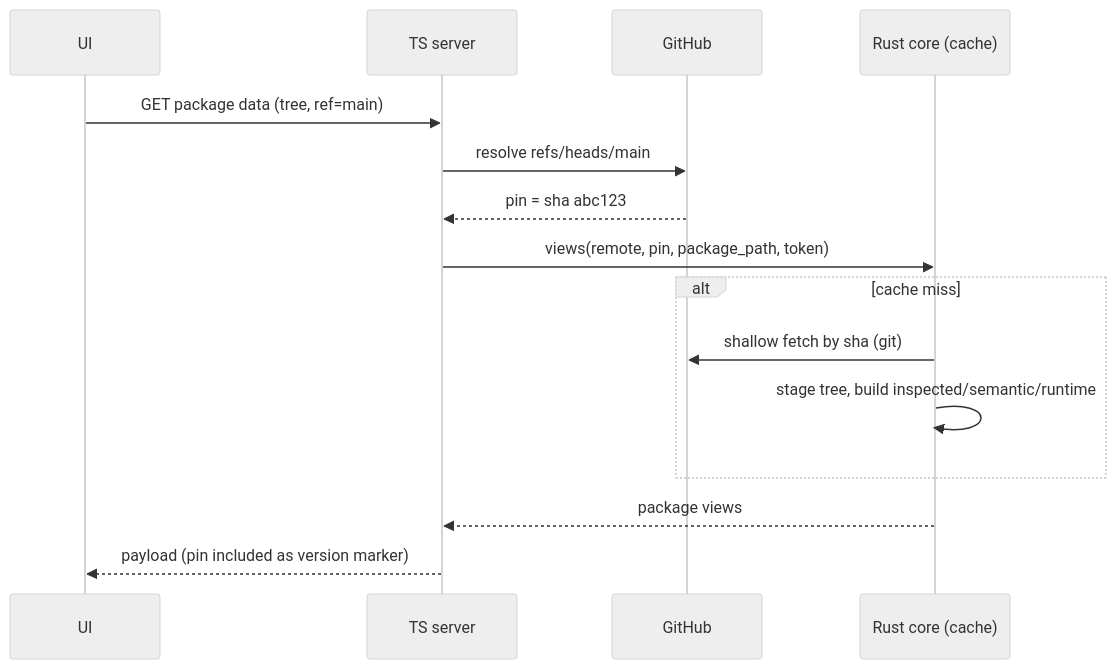
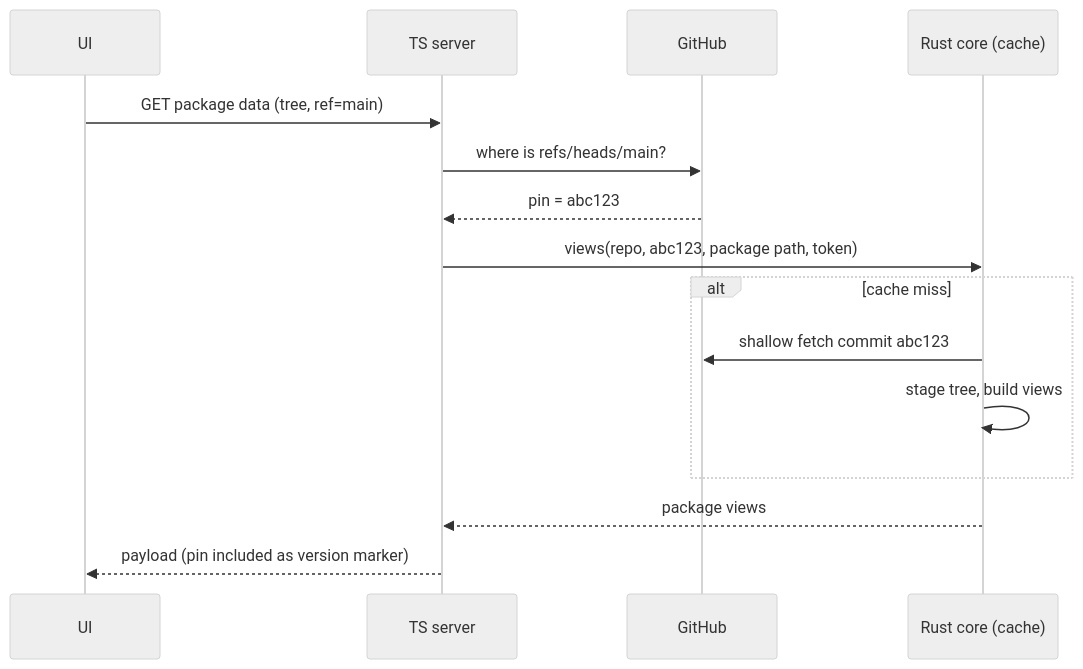
One commit to manasgarg/rototo changed the second of 5 diagrams in design/console-git-ops.md. Above: the diagram before and after it, drawn with Mermaid (neutral theme). The commit also changed other lines of this file, not shown here.

Commit message:
Rewrite git-ops spec in plain conversational voice

````diff
--- a/design/console-git-ops.md
+++ b/design/console-git-ops.md
@@ -175,18 +202,18 @@
 ```mermaid
 sequenceDiagram
     participant UI
     participant TS as TS server
     participant GH as GitHub
     participant RC as Rust core (cache)
 
     UI->>TS: GET package data (tree, ref=main)
-    TS->>GH: resolve refs/heads/main
-    GH-->>TS: pin = sha abc123
-    TS->>RC: views(remote, pin, package_path, token)
+    TS->>GH: where is refs/heads/main?
+    GH-->>TS: pin = abc123
+    TS->>RC: views(repo, abc123, package path, token)
     alt cache miss
-        RC->>GH: shallow fetch by sha (git)
-        RC->>RC: stage tree, build inspected/semantic/runtime
+        RC->>GH: shallow fetch commit abc123
+        RC->>RC: stage tree, build views
     end
     RC-->>TS: package views
     TS-->>UI: payload (pin included as version marker)
 ```
````
